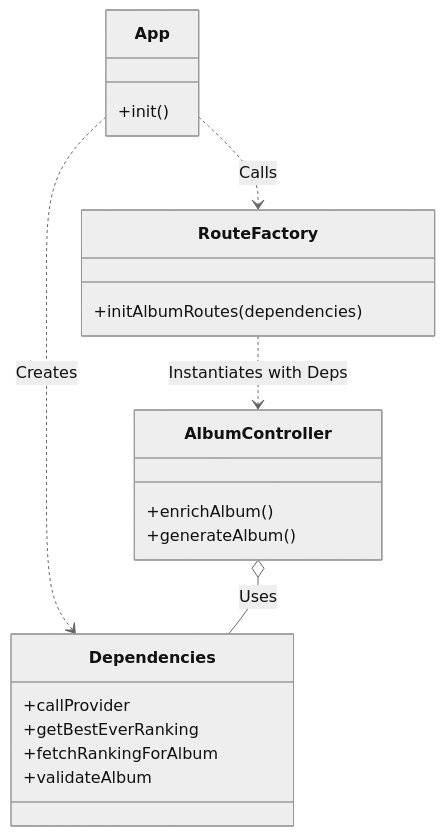
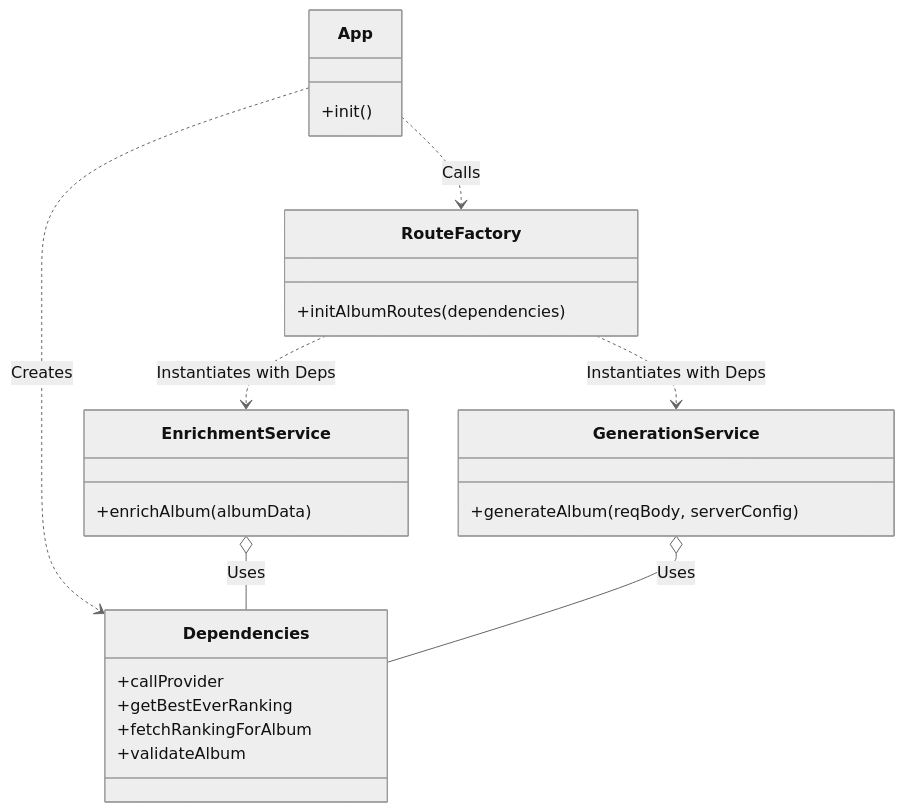
The first of 2 diagrams in docs/manual/03_Backend_API_Layer.md (maujrp99/MJRP_AlbumsBalancedPlaylists_v0), drawn with Mermaid (neutral theme) before and after one commit. The commit also changed other lines of this file and 22 other files, not shown here.

````diff
--- a/docs/manual/03_Backend_API_Layer.md
+++ b/docs/manual/03_Backend_API_Layer.md
@@ -24,24 +25,28 @@
 ```mermaid
 classDiagram
     class App {
         +init()
     }
     class RouteFactory {
         +initAlbumRoutes(dependencies)
     }
     class Dependencies {
         +callProvider
         +getBestEverRanking
         +fetchRankingForAlbum
         +validateAlbum
     }
-    class AlbumController {
-        +enrichAlbum()
-        +generateAlbum()
+    class EnrichmentService {
+        +enrichAlbum(albumData)
+    }
+    class GenerationService {
+        +generateAlbum(reqBody, serverConfig)
     }
 
     App ..> Dependencies : Creates
     App ..> RouteFactory : Calls
-    RouteFactory ..> AlbumController : Instantiates with Deps
-    AlbumController o-- Dependencies : Uses
+    RouteFactory ..> EnrichmentService : Instantiates with Deps
+    RouteFactory ..> GenerationService : Instantiates with Deps
+    EnrichmentService o-- Dependencies : Uses
+    GenerationService o-- Dependencies : Uses
 ```
````
